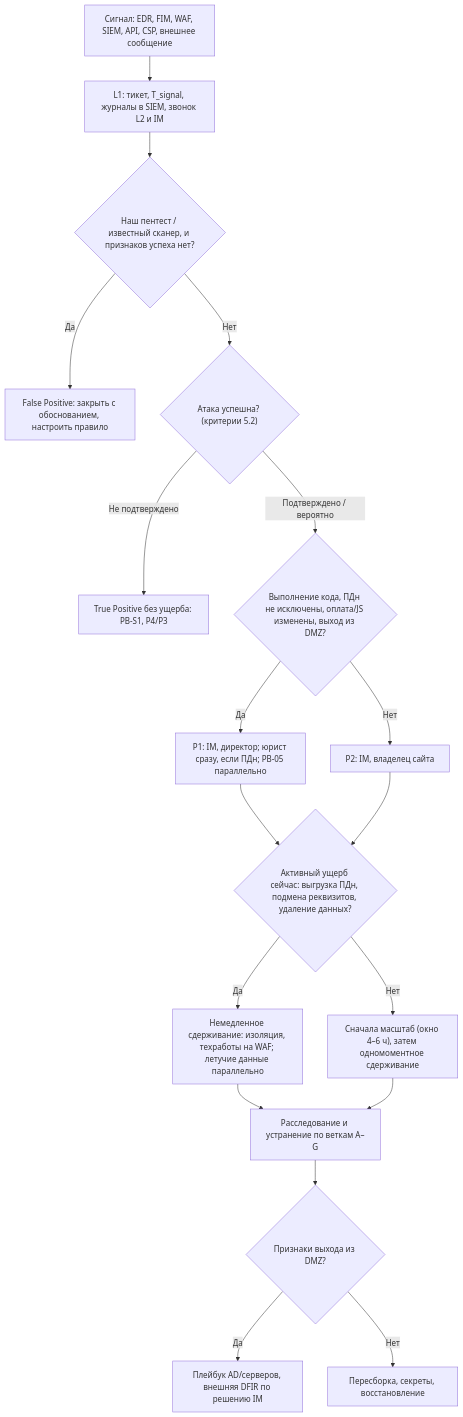
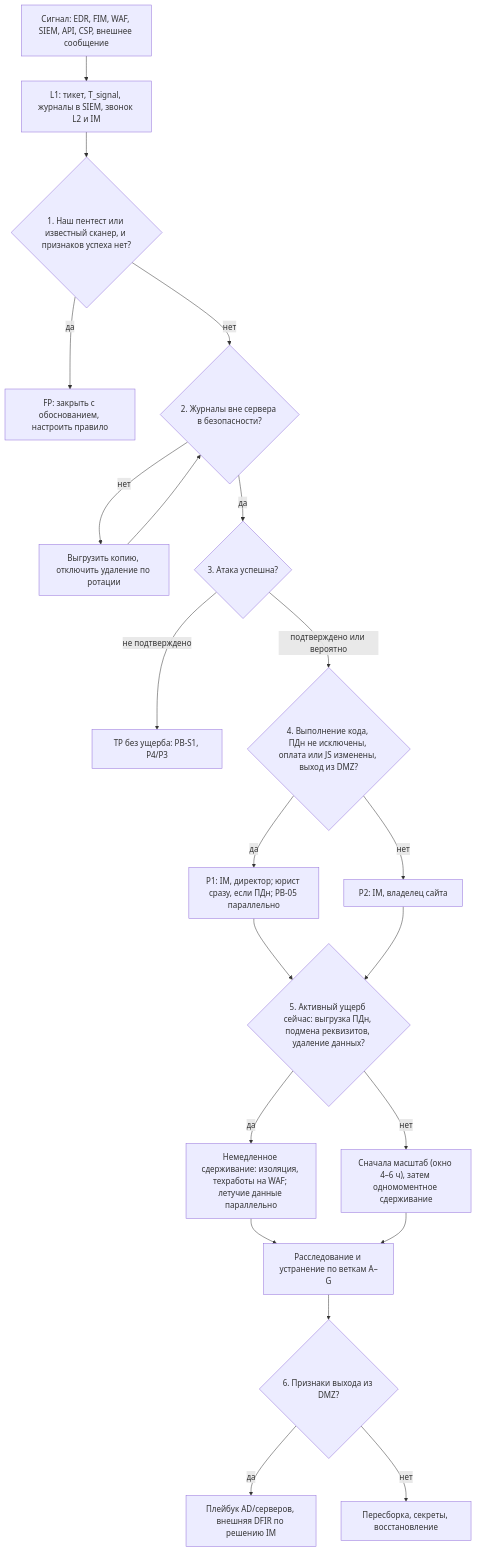
Before and after one commit to vehpbkrby/security-playbook: the diagram in playbooks/PB-08-web-app-breach.md, drawn with Mermaid. The commit also changed other lines of this file and 13 other files, not shown here.

````diff
--- a/playbooks/PB-08-web-app-breach.md
+++ b/playbooks/PB-08-web-app-breach.md
@@ -172,20 +183,22 @@
 ```mermaid
 flowchart TD
-    S["Сигнал: EDR, FIM, WAF, SIEM, API, CSP, внешнее сообщение"] --> L1["L1: тикет, T_signal, журналы в SIEM, звонок L2 и IM"]
-    L1 --> Q0{"Наш пентест / известный сканер, и признаков успеха нет?"}
-    Q0 -- "Да" --> FP["False Positive: закрыть с обоснованием, настроить правило"]
-    Q0 -- "Нет" --> Q1{"Атака успешна? (критерии 5.2)"}
-    Q1 -- "Не подтверждено" --> TPn["True Positive без ущерба: PB-S1, P4/P3"]
-    Q1 -- "Подтверждено / вероятно" --> Q2{"Выполнение кода, ПДн не исключены, оплата/JS изменены, выход из DMZ?"}
-    Q2 -- "Да" --> P1["P1: IM, директор; юрист сразу, если ПДн; PB-05 параллельно"]
-    Q2 -- "Нет" --> P2["P2: IM, владелец сайта"]
-    P1 --> Q3{"Активный ущерб сейчас: выгрузка ПДн, подмена реквизитов, удаление данных?"}
-    P2 --> Q3
-    Q3 -- "Да" --> NOW["Немедленное сдерживание: изоляция, техработы на WAF; летучие данные параллельно"]
-    Q3 -- "Нет" --> SCOPE["Сначала масштаб (окно 4–6 ч), затем одномоментное сдерживание"]
-    NOW --> INV["Расследование и устранение по веткам A–G"]
-    SCOPE --> INV
-    INV --> Q4{"Признаки выхода из DMZ?"}
-    Q4 -- "Да" --> AD["Плейбук AD/серверов, внешняя DFIR по решению IM"]
-    Q4 -- "Нет" --> ERAD["Пересборка, секреты, восстановление"]
+  S["Сигнал: EDR, FIM, WAF, SIEM, API, CSP, внешнее сообщение"] --> L1["L1: тикет, T_signal, журналы в SIEM, звонок L2 и IM"]
+  L1 --> Q1{"1. Наш пентест или известный сканер, и признаков успеха нет?"}
+  Q1 -- да --> FP["FP: закрыть с обоснованием, настроить правило"]
+  Q1 -- нет --> Q2{"2. Журналы вне сервера в безопасности?"}
+  Q2 -- нет --> SAVE["Выгрузить копию, отключить удаление по ротации"] --> Q2
+  Q2 -- да --> Q3{"3. Атака успешна?"}
+  Q3 -- не подтверждено --> TPn["TP без ущерба: PB-S1, P4/P3"]
+  Q3 -- подтверждено или вероятно --> Q4{"4. Выполнение кода, ПДн не исключены, оплата или JS изменены, выход из DMZ?"}
+  Q4 -- да --> P1["P1: IM, директор; юрист сразу, если ПДн; PB-05 параллельно"]
+  Q4 -- нет --> P2["P2: IM, владелец сайта"]
+  P1 --> Q5{"5. Активный ущерб сейчас: выгрузка ПДн, подмена реквизитов, удаление данных?"}
+  P2 --> Q5
+  Q5 -- да --> NOW["Немедленное сдерживание: изоляция, техработы на WAF; летучие данные параллельно"]
+  Q5 -- нет --> SCOPE["Сначала масштаб (окно 4–6 ч), затем одномоментное сдерживание"]
+  NOW --> INV["Расследование и устранение по веткам A–G"]
+  SCOPE --> INV
+  INV --> Q6{"6. Признаки выхода из DMZ?"}
+  Q6 -- да --> AD["Плейбук AD/серверов, внешняя DFIR по решению IM"]
+  Q6 -- нет --> ERAD["Пересборка, секреты, восстановление"]
 ```
````
